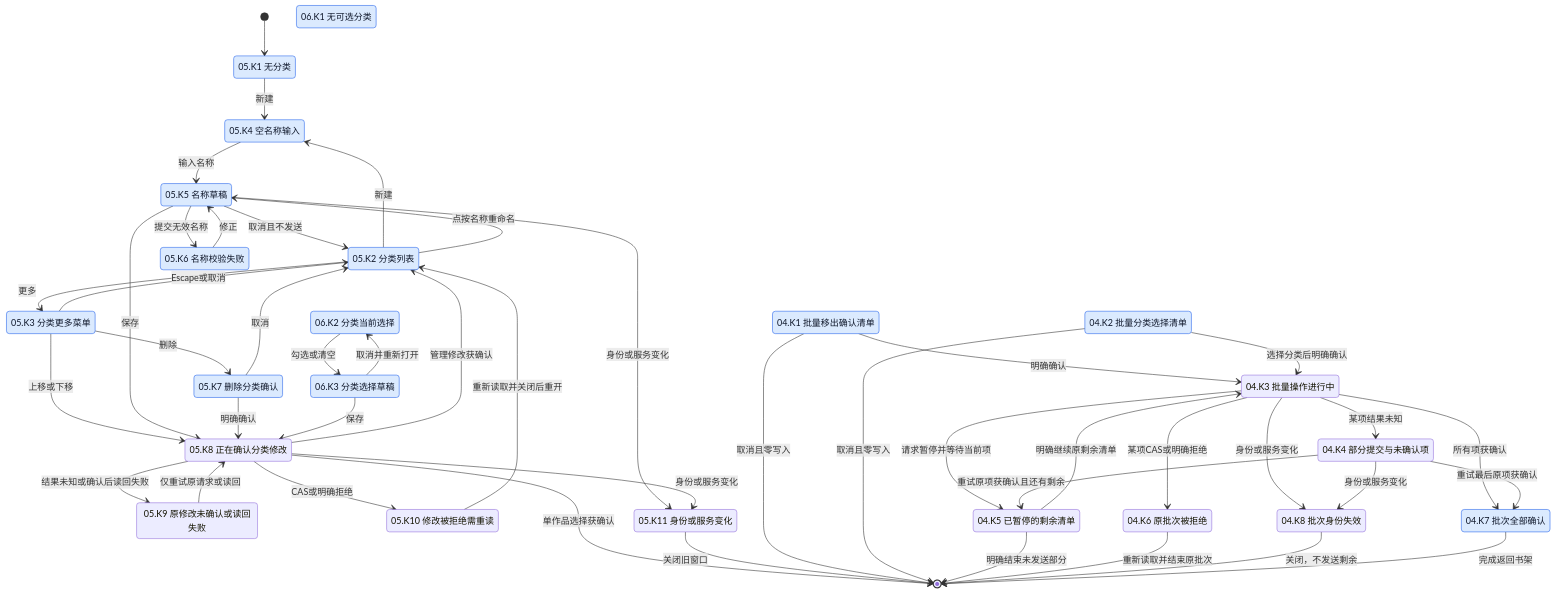
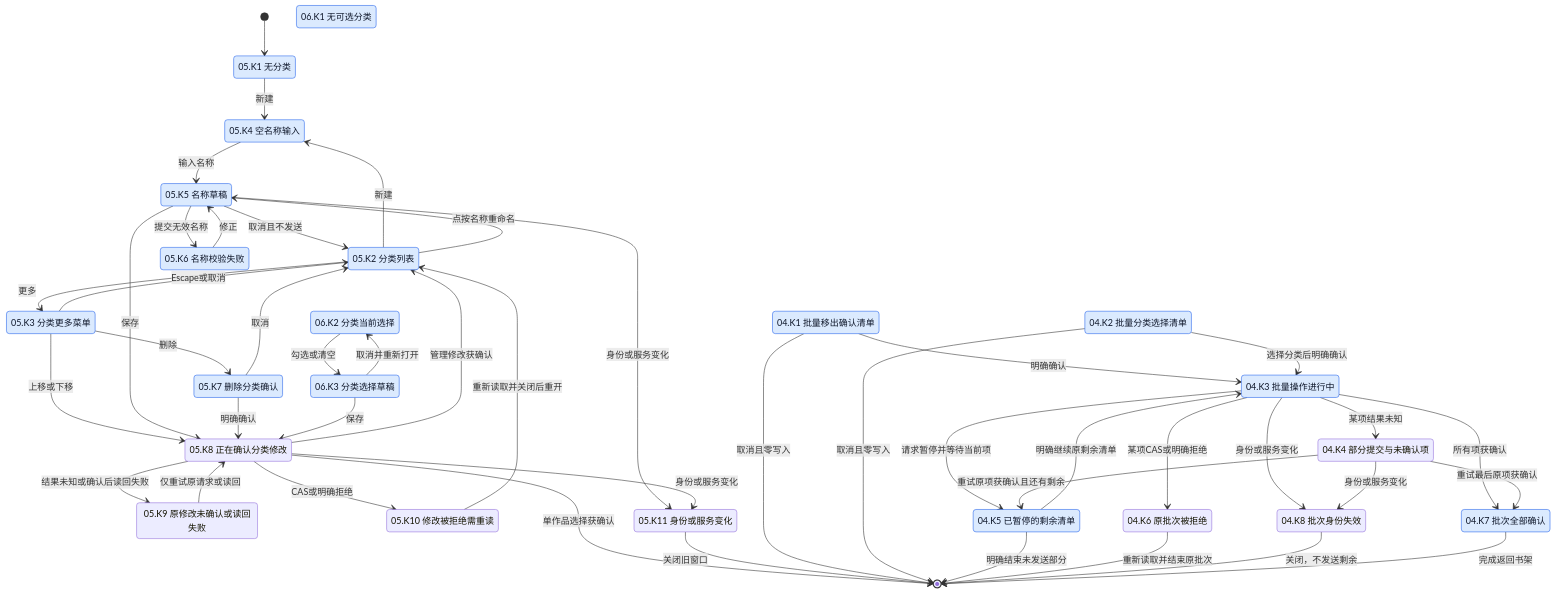
The eighth of 21 diagrams in docs/verification/mihon-state-coverage.md (Wybxc/karuyomi), drawn with Mermaid before and after one commit. The commit also changed other lines of this file and 7 other files, not shown here.

````diff
--- a/docs/verification/mihon-state-coverage.md
+++ b/docs/verification/mihon-state-coverage.md
@@ -892,71 +892,71 @@
 ```mermaid
 stateDiagram-v2
     [*] --> EmptyCategories
     state "05.K1 无分类" as EmptyCategories
     state "05.K2 分类列表" as Categories
     state "05.K3 分类更多菜单" as CategoryMenu
     state "05.K4 空名称输入" as EmptyCategoryName
     state "05.K5 名称草稿" as CategoryName
     state "05.K6 名称校验失败" as InvalidCategoryName
     state "05.K7 删除分类确认" as DeleteCategory
     state "05.K8 正在确认分类修改" as SavingCategory
     state "05.K9 原修改未确认或读回失败" as UncertainCategory
     state "05.K10 修改被拒绝需重读" as RejectedCategory
     state "05.K11 身份或服务变化" as ExpiredCategory
     state "06.K1 无可选分类" as NoCategoryChoices
     state "06.K2 分类当前选择" as CategoryChoices
     state "06.K3 分类选择草稿" as CategoryChoiceDraft
     EmptyCategories --> EmptyCategoryName: 新建
     Categories --> EmptyCategoryName: 新建
     EmptyCategoryName --> CategoryName: 输入名称
     CategoryName --> InvalidCategoryName: 提交无效名称
     InvalidCategoryName --> CategoryName: 修正
     Categories --> CategoryName: 点按名称重命名
     Categories --> CategoryMenu: 更多
     CategoryMenu --> Categories: Escape或取消
     CategoryMenu --> SavingCategory: 上移或下移
     CategoryMenu --> DeleteCategory: 删除
     DeleteCategory --> Categories: 取消
     CategoryName --> Categories: 取消且不发送
     CategoryName --> SavingCategory: 保存
     DeleteCategory --> SavingCategory: 明确确认
     CategoryChoices --> CategoryChoiceDraft: 勾选或清空
     CategoryChoiceDraft --> SavingCategory: 保存
     CategoryChoiceDraft --> CategoryChoices: 取消并重新打开
     SavingCategory --> Categories: 管理修改获确认
     SavingCategory --> [*]: 单作品选择获确认
     SavingCategory --> UncertainCategory: 结果未知或确认后读回失败
     SavingCategory --> RejectedCategory: CAS或明确拒绝
     UncertainCategory --> SavingCategory: 仅重试原请求或读回
     RejectedCategory --> Categories: 重新读取并关闭后重开
     CategoryName --> ExpiredCategory: 身份或服务变化
     SavingCategory --> ExpiredCategory: 身份或服务变化
     ExpiredCategory --> [*]: 关闭旧窗口
     state "04.K1 批量移出确认清单" as RemoveReview
     state "04.K2 批量分类选择清单" as BatchCategoryReview
     state "04.K3 批量操作进行中" as SendingBatch
     state "04.K4 部分提交与未确认项" as UncertainBatch
     state "04.K5 已暂停的剩余清单" as PausedBatch
     state "04.K6 原批次被拒绝" as RejectedBatch
     state "04.K7 批次全部确认" as ConfirmedBatch
     state "04.K8 批次身份失效" as ExpiredBatch
     RemoveReview --> SendingBatch: 明确确认
     BatchCategoryReview --> SendingBatch: 选择分类后明确确认
     RemoveReview --> [*]: 取消且零写入
     BatchCategoryReview --> [*]: 取消且零写入
     SendingBatch --> UncertainBatch: 某项结果未知
     SendingBatch --> PausedBatch: 请求暂停并等待当前项
     SendingBatch --> RejectedBatch: 某项CAS或明确拒绝
     SendingBatch --> ConfirmedBatch: 所有项获确认
     UncertainBatch --> PausedBatch: 重试原项获确认且还有剩余
     UncertainBatch --> ConfirmedBatch: 重试最后原项获确认
     PausedBatch --> SendingBatch: 明确继续原剩余清单
     PausedBatch --> [*]: 明确结束未发送部分
     RejectedBatch --> [*]: 重新读取并结束原批次
     SendingBatch --> ExpiredBatch: 身份或服务变化
     UncertainBatch --> ExpiredBatch: 身份或服务变化
     ExpiredBatch --> [*]: 关闭，不发送剩余
     ConfirmedBatch --> [*]: 完成返回书架
     classDef paired fill:#dbeafe,stroke:#2563eb,color:#0f172a
-    class EmptyCategories,Categories,CategoryMenu,EmptyCategoryName,CategoryName,InvalidCategoryName,DeleteCategory,NoCategoryChoices,CategoryChoices,CategoryChoiceDraft,RemoveReview,BatchCategoryReview,ConfirmedBatch paired
+    class EmptyCategories,Categories,CategoryMenu,EmptyCategoryName,CategoryName,InvalidCategoryName,DeleteCategory,NoCategoryChoices,CategoryChoices,CategoryChoiceDraft,RemoveReview,BatchCategoryReview,SendingBatch,PausedBatch,ConfirmedBatch paired
 ```
````
